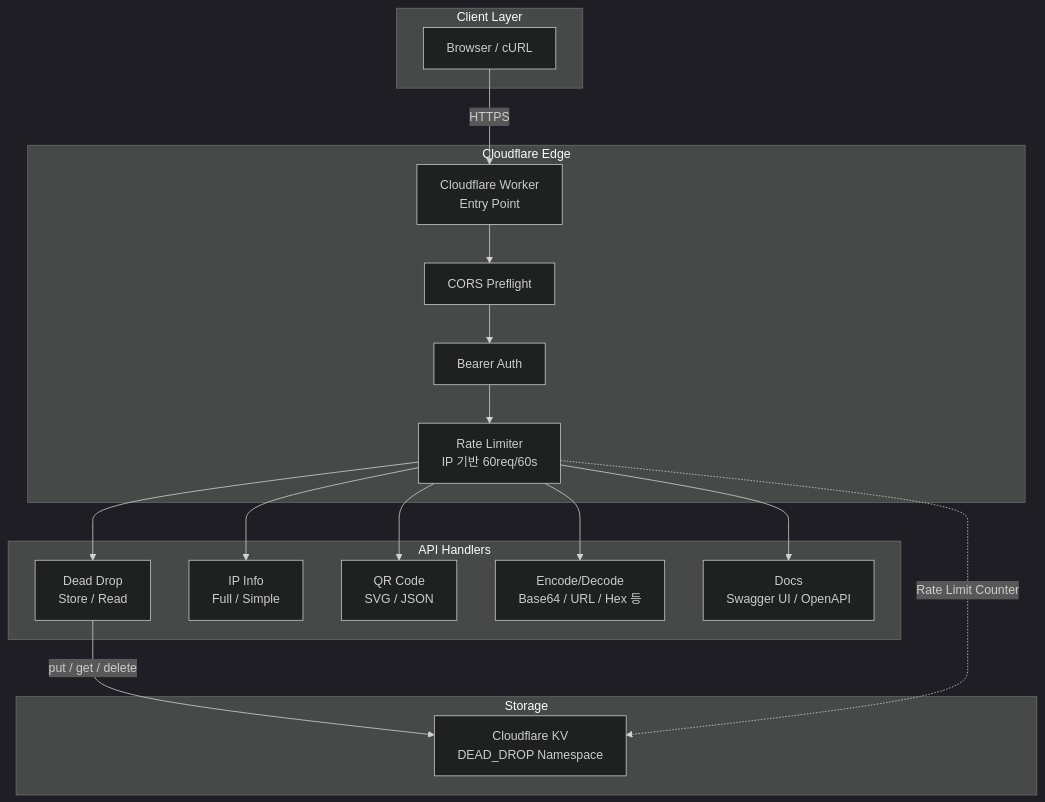
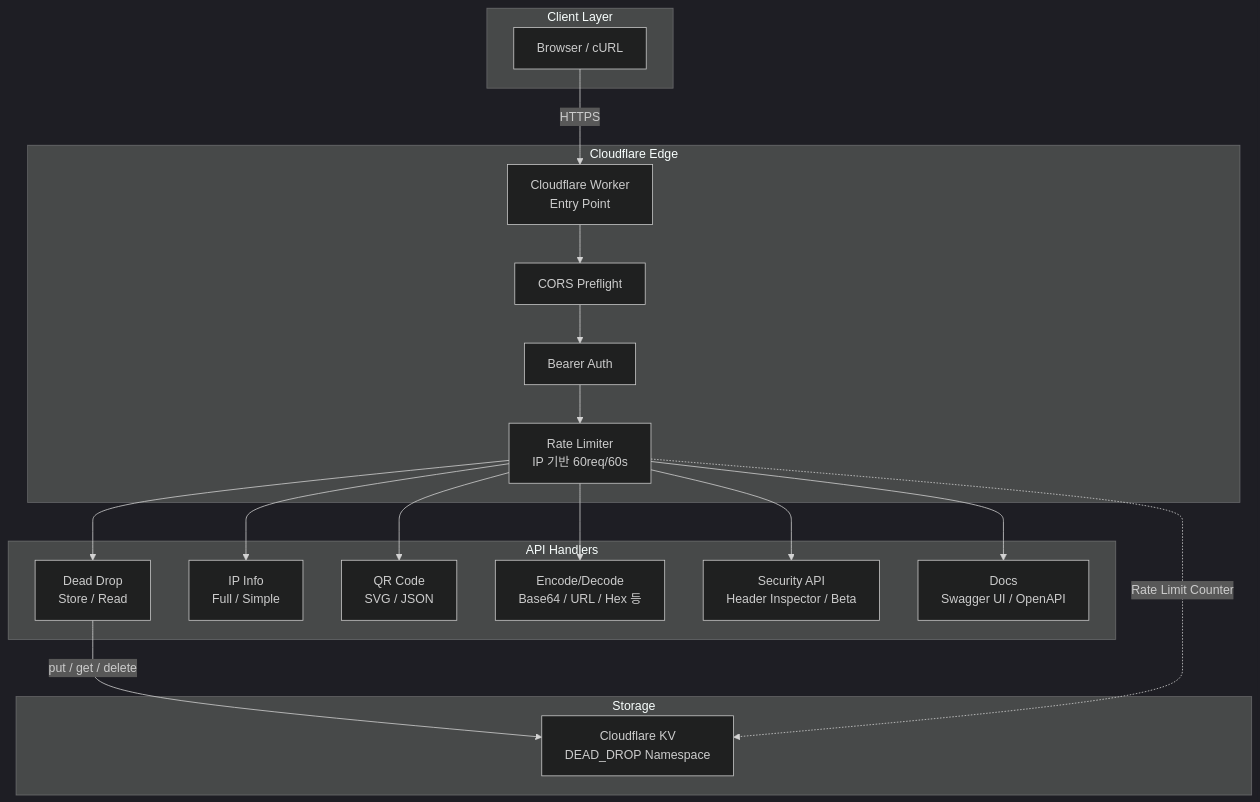
One commit to gguatit/kalpha-s_api changed the first of 2 diagrams in README.md. Above: the diagram before and after it, drawn with Mermaid (dark theme). The commit also changed other lines of this file and 1 other file, not shown here.

Commit message:
feat: Implement security handler and update README documentation.

````diff
--- a/README.md
+++ b/README.md
@@ -11,37 +11,39 @@
 ```mermaid
 graph TB
     subgraph "Client Layer"
         A[Browser / cURL]
     end
 
     subgraph "Cloudflare Edge"
         B[Cloudflare Worker<br/>Entry Point]
         C[CORS Preflight]
         D[Bearer Auth]
         E[Rate Limiter<br/>IP 기반 60req/60s]
     end
 
     subgraph "API Handlers"
         F[Dead Drop<br/>Store / Read]
         G[IP Info<br/>Full / Simple]
         H[QR Code<br/>SVG / JSON]
         J2[Encode/Decode<br/>Base64 / URL / Hex 등]
+        S[Security API<br/>Header Inspector / Beta]
         I[Docs<br/>Swagger UI / OpenAPI]
     end
 
     subgraph "Storage"
         J[Cloudflare KV<br/>DEAD_DROP Namespace]
     end
 
     A -->|HTTPS| B
     B --> C
     C --> D
     D --> E
     E --> F
     E --> G
     E --> H
     E --> J2
+    E --> S
     E --> I
     F -->|put / get / delete| J
     E -.->|Rate Limit Counter| J
 ```
````
